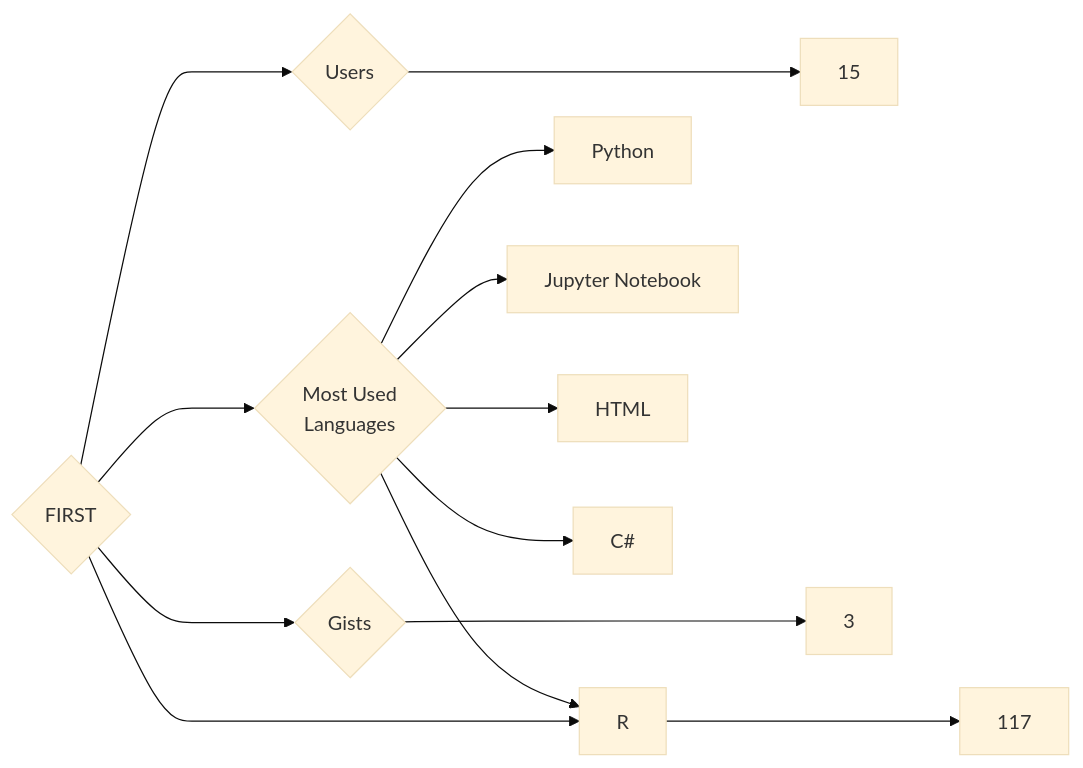
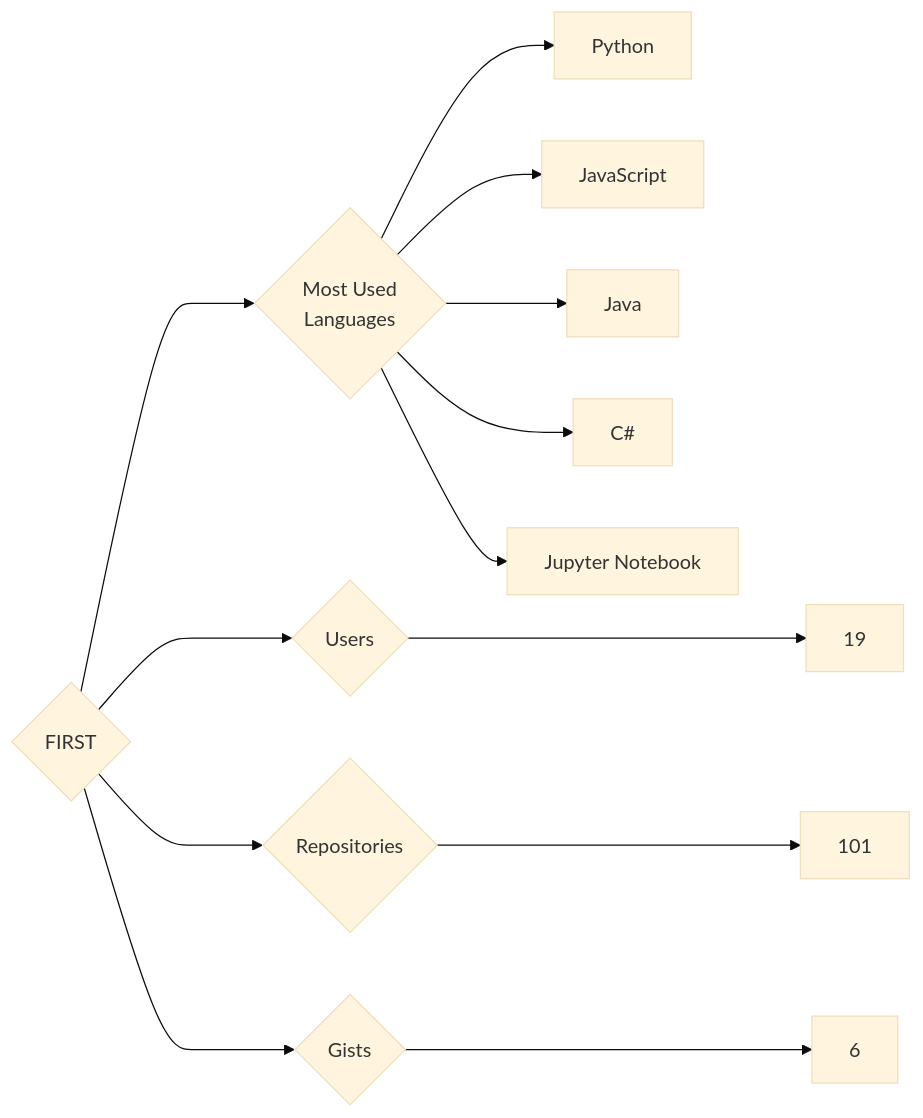
Before and after one commit to trickest/insiders: the diagram in targets/FIRST/README.md, drawn with Mermaid (base theme). The commit also changed 900 other files, not shown here.

````diff
--- a/targets/FIRST/README.md
+++ b/targets/FIRST/README.md
@@ -3,13 +3,13 @@
 ```mermaid
 graph LR
 COMPANY_NAME{FIRST}
-COMPANY_NAME ---> U{Users} ---> UN[15]
-COMPANY_NAME ---> R{Repositories} ---> RN[117]
-COMPANY_NAME ---> G{Gists} ---> GN[3]
+COMPANY_NAME ---> U{Users} ---> UN[19]
+COMPANY_NAME ---> R{Repositories} ---> RN[101]
+COMPANY_NAME ---> G{Gists} ---> GN[6]
 COMPANY_NAME ---> ML{Most Used<br>Languages}
 ML --> Python[Python]
+ML --> JavaScript[JavaScript]
+ML --> Java[Java]
+ML --> C#[C#]
 ML --> Jupyter_Notebook[Jupyter Notebook]
-ML --> R[R]
-ML --> HTML[HTML]
-ML --> C#[C#]
 ```
````
